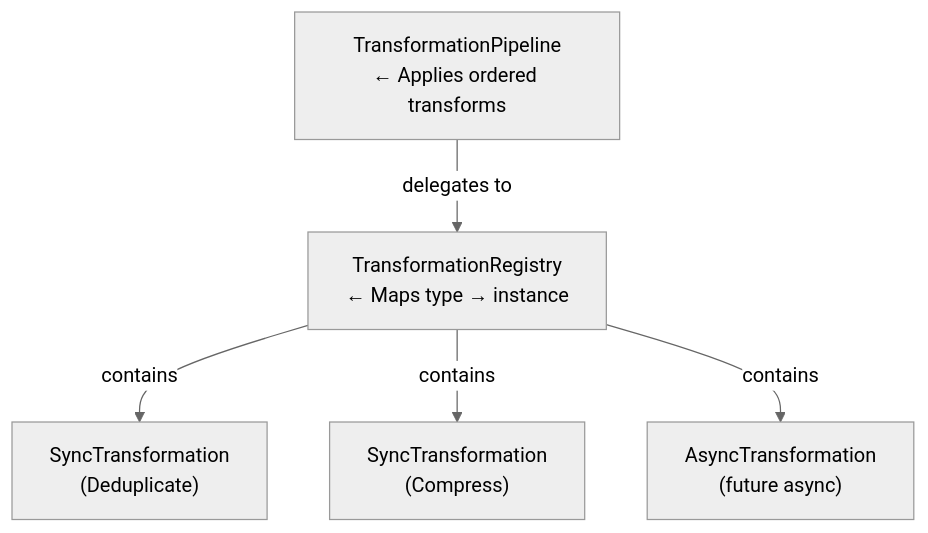
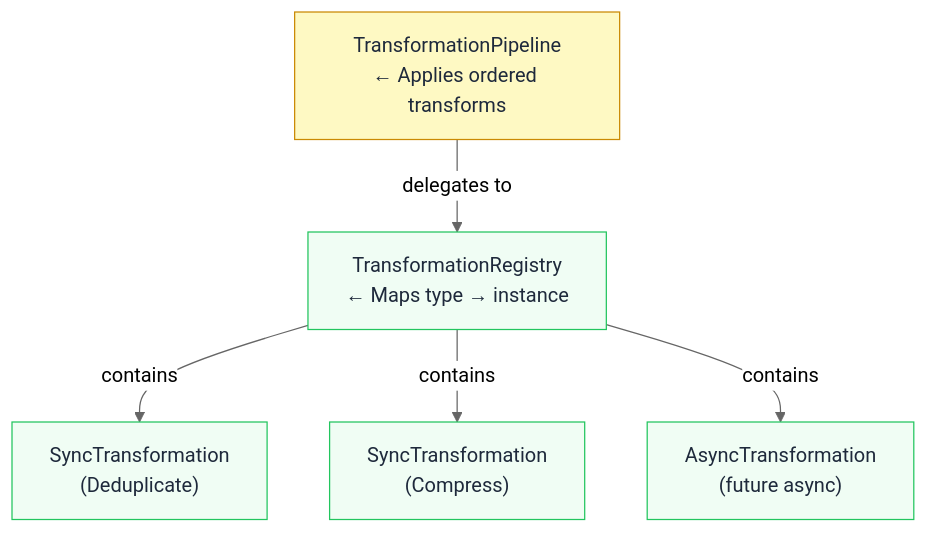
The sixth of 19 diagrams in docs/development/ARCHITECTURE.md (jaypatrick/adblock-compiler), drawn with Mermaid (neutral theme) before and after one commit. The commit also changed other lines of this file, not shown here.

First line of the commit message:
docs: refresh ARCHITECTURE.md with current architecture, full diagram coverage, and color coding (#1100)

````diff
--- a/docs/development/ARCHITECTURE.md
+++ b/docs/development/ARCHITECTURE.md
@@ -189,8 +243,10 @@
 ```mermaid
 flowchart TD
-    TP["TransformationPipeline\n← Applies ordered transforms"]
-    TP -->|delegates to| TR["TransformationRegistry\n← Maps type → instance"]
-    TR -->|contains| ST1["SyncTransformation\n(Deduplicate)"]
-    TR -->|contains| ST2["SyncTransformation\n(Compress)"]
-    TR -->|contains| AT["AsyncTransformation\n(future async)"]
+    classDef core fill:#fef9c3,stroke:#ca8a04,color:#1e293b
+    classDef module fill:#f0fdf4,stroke:#22c55e,color:#1e293b
+    TP["TransformationPipeline\n← Applies ordered transforms"]:::core
+    TP -->|delegates to| TR["TransformationRegistry\n← Maps type → instance"]:::module
+    TR -->|contains| ST1["SyncTransformation\n(Deduplicate)"]:::module
+    TR -->|contains| ST2["SyncTransformation\n(Compress)"]:::module
+    TR -->|contains| AT["AsyncTransformation\n(future async)"]:::module
 ```
````
